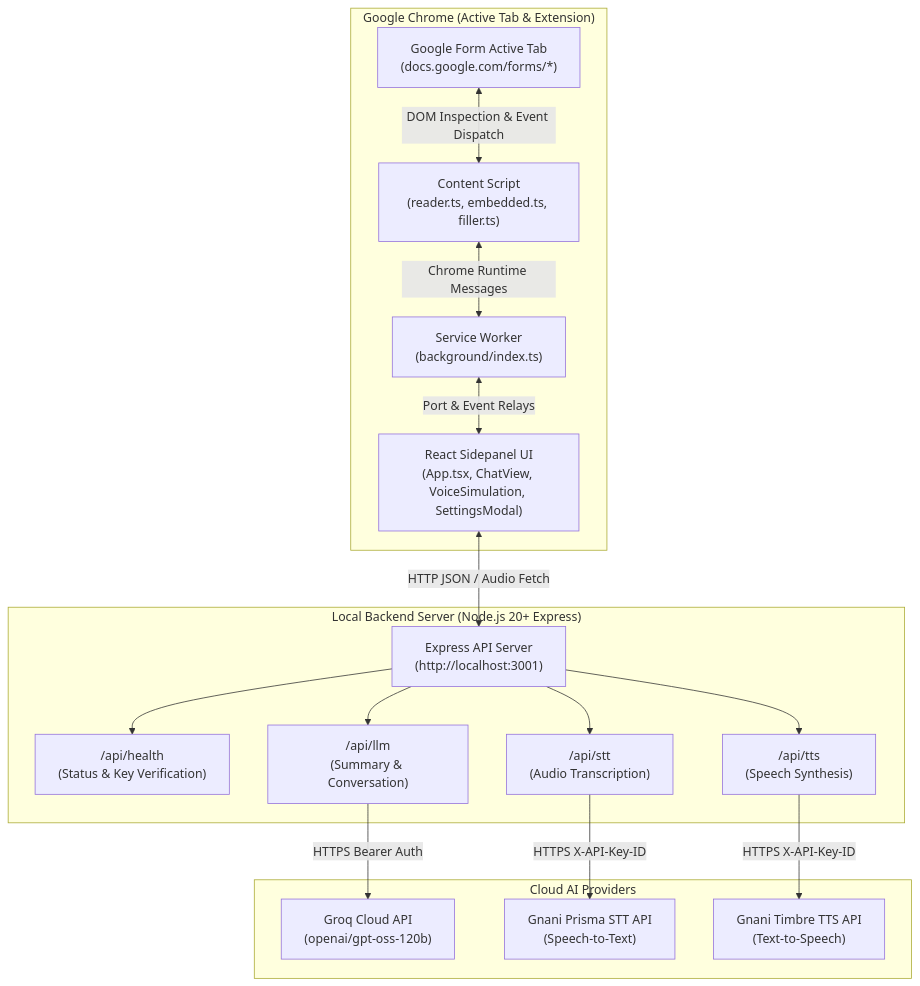
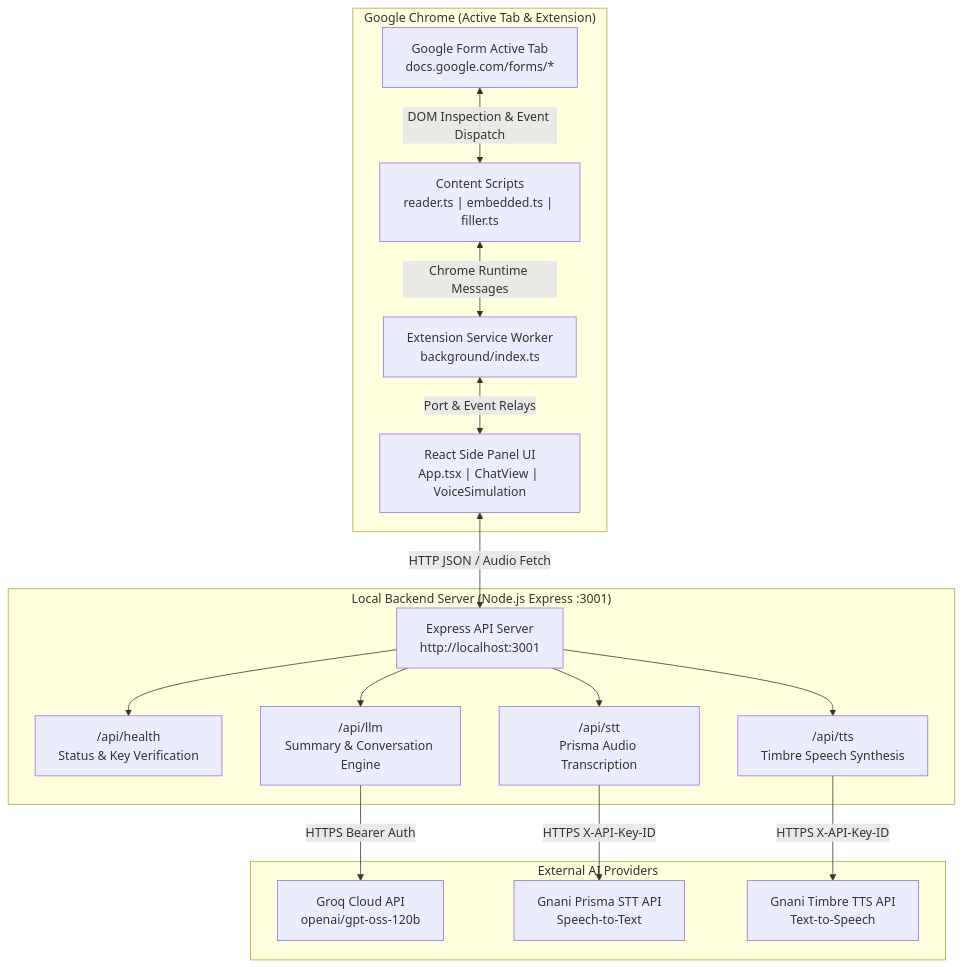
One commit to nicksboson/Form-Copilot changed the first of 3 diagrams in README.md. Above: the diagram before and after it, drawn with Mermaid. The commit also changed other lines of this file, not shown here.

````diff
--- a/README.md
+++ b/README.md
@@ -20,38 +51,38 @@
 ```mermaid
 flowchart TD
     subgraph Browser["Google Chrome (Active Tab & Extension)"]
-        FormTab["Google Form Active Tab<br/>(docs.google.com/forms/*)"]
-        ContentScript["Content Script<br/>(reader.ts, embedded.ts, filler.ts)"]
-        BackgroundWorker["Service Worker<br/>(background/index.ts)"]
-        SidepanelUI["React Sidepanel UI<br/>(App.tsx, ChatView, VoiceSimulation, SettingsModal)"]
+        FormTab["Google Form Active Tab<br/>docs.google.com/forms/*"]
+        ContentScript["Content Scripts<br/>reader.ts | embedded.ts | filler.ts"]
+        BackgroundWorker["Extension Service Worker<br/>background/index.ts"]
+        SidepanelUI["React Side Panel UI<br/>App.tsx | ChatView | VoiceSimulation"]
 
         FormTab <-->|"DOM Inspection & Event Dispatch"| ContentScript
         ContentScript <-->|"Chrome Runtime Messages"| BackgroundWorker
         BackgroundWorker <-->|"Port & Event Relays"| SidepanelUI
     end
 
-    subgraph LocalBackend["Local Backend Server (Node.js 20+ Express)"]
-        ExpressApp["Express API Server<br/>(http://localhost:3001)"]
-        HealthRoute["/api/health<br/>(Status & Key Verification)"]
-        LLMRoute["/api/llm<br/>(Summary & Conversation)"]
-        STTRoute["/api/stt<br/>(Audio Transcription)"]
-        TTSRoute["/api/tts<br/>(Speech Synthesis)"]
+    subgraph LocalBackend["Local Backend Server (Node.js Express :3001)"]
+        ExpressApp["Express API Server<br/>http://localhost:3001"]
+        HealthRoute["/api/health<br/>Status & Key Verification"]
+        LLMRoute["/api/llm<br/>Summary & Conversation Engine"]
+        STTRoute["/api/stt<br/>Prisma Audio Transcription"]
+        TTSRoute["/api/tts<br/>Timbre Speech Synthesis"]
 
         ExpressApp --> HealthRoute
         ExpressApp --> LLMRoute
         ExpressApp --> STTRoute
         ExpressApp --> TTSRoute
     end
 
-    subgraph ExternalAPIs["Cloud AI Providers"]
-        GroqAPI["Groq Cloud API<br/>(openai/gpt-oss-120b)"]
-        GnaniSTT["Gnani Prisma STT API<br/>(Speech-to-Text)"]
-        GnaniTTS["Gnani Timbre TTS API<br/>(Text-to-Speech)"]
+    subgraph CloudAPIs["External AI Providers"]
+        GroqAPI["Groq Cloud API<br/>openai/gpt-oss-120b"]
+        GnaniSTT["Gnani Prisma STT API<br/>Speech-to-Text"]
+        GnaniTTS["Gnani Timbre TTS API<br/>Text-to-Speech"]
 
         LLMRoute -->|"HTTPS Bearer Auth"| GroqAPI
         STTRoute -->|"HTTPS X-API-Key-ID"| GnaniSTT
         TTSRoute -->|"HTTPS X-API-Key-ID"| GnaniTTS
     end
 
     SidepanelUI <-->|"HTTP JSON / Audio Fetch"| ExpressApp
 ```
````
